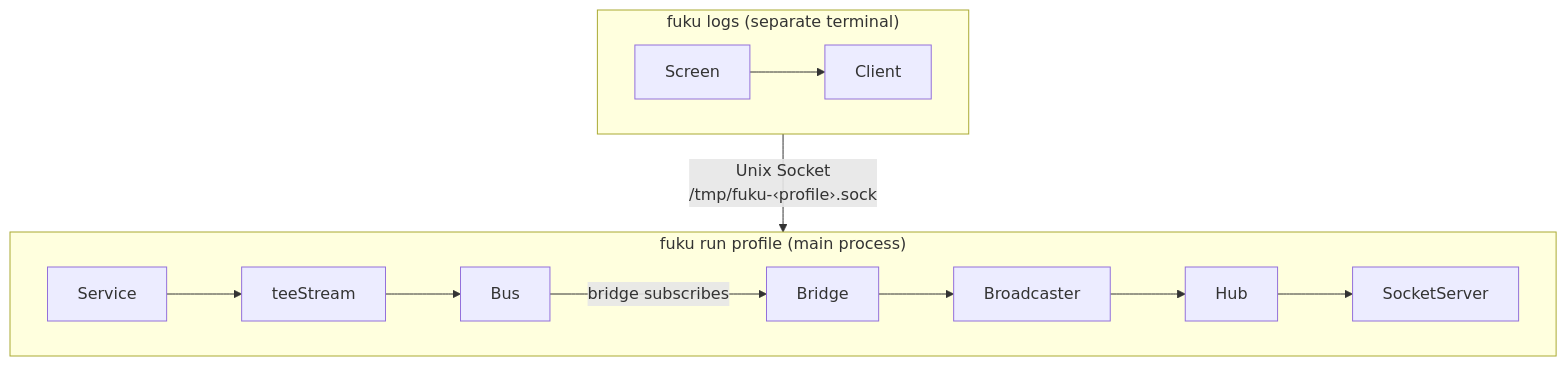
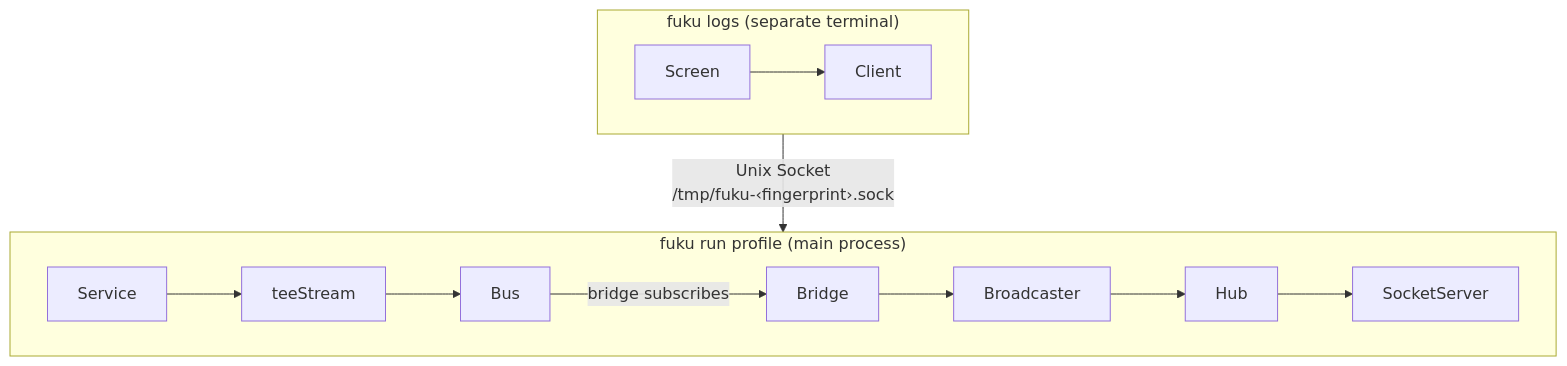
One commit to tab/fuku changed the sixth of 8 diagrams in ARCHITECTURE.md. Above: the diagram before and after it, drawn with Mermaid. The commit also changed other lines of this file and 39 other files, not shown here.

````diff
--- a/ARCHITECTURE.md
+++ b/ARCHITECTURE.md
@@ -640,17 +640,17 @@
 ```mermaid
 graph TD
     LogsCmd["fuku logs api auth<br><i>separate terminal</i>"]
     RunCmd["fuku run profile<br><i>main process</i>"]
 
-    LogsCmd -- "Unix Socket<br>/tmp/fuku-‹profile›.sock" --> RunCmd
+    LogsCmd -- "Unix Socket<br>/tmp/fuku-‹fingerprint›.sock" --> RunCmd
 
     subgraph LogsCmd["fuku logs (separate terminal)"]
         Screen --> Client
     end
 
     subgraph RunCmd["fuku run profile (main process)"]
         Bus -- "bridge subscribes" --> Bridge --> Broadcaster
         Service --> teeStream --> Bus
         Broadcaster --> Hub --> SocketServer
     end
 ```
````
